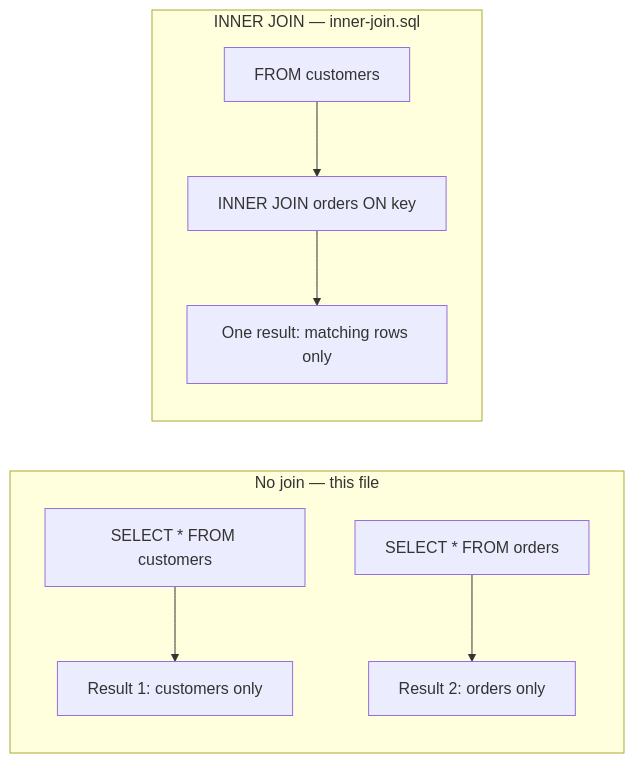
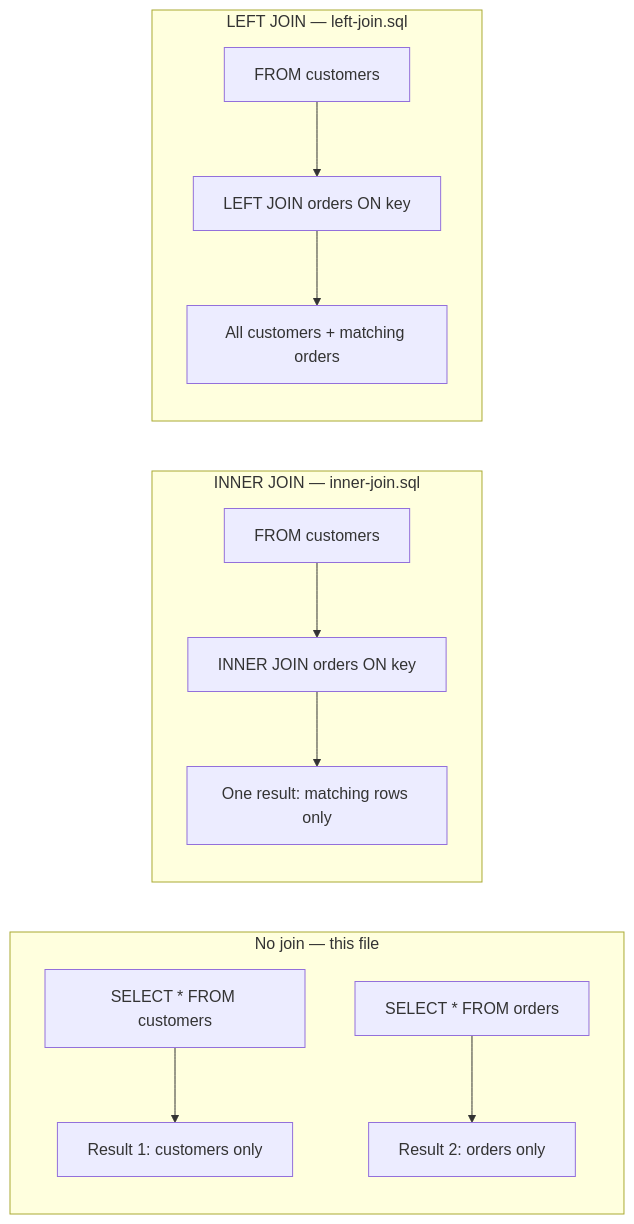
The first of 5 diagrams in joins(columns-rows)/README.md (PandeyRajnish/sql), drawn with Mermaid before and after one commit. The commit also changed other lines of this file and 2 other files, not shown here.

Commit message:
Update README.md and joins(columns-rows)/README.md to introduce `LEFT JOIN`, including detailed explanations, examples, and a new `left-join.sql` file. Enhanced visual aids and clarified the behavior of `LEFT JOIN` in SQL queries.

````diff
--- a/joins(columns-rows)/README.md
+++ b/joins(columns-rows)/README.md
@@ -23,12 +23,17 @@
 ```mermaid
 flowchart LR
     subgraph nojoin ["No join — this file"]
         C1["SELECT * FROM customers"] --> R1["Result 1: customers only"]
         O1["SELECT * FROM orders"] --> R2["Result 2: orders only"]
     end
 
     subgraph inner ["INNER JOIN — inner-join.sql"]
         C2["FROM customers"] --> J["INNER JOIN orders ON key"]
         J --> R3["One result: matching rows only"]
     end
+
+    subgraph leftj ["LEFT JOIN — left-join.sql"]
+        C3["FROM customers"] --> L["LEFT JOIN orders ON key"]
+        L --> R4["All customers + matching orders"]
+    end
 ```
````
